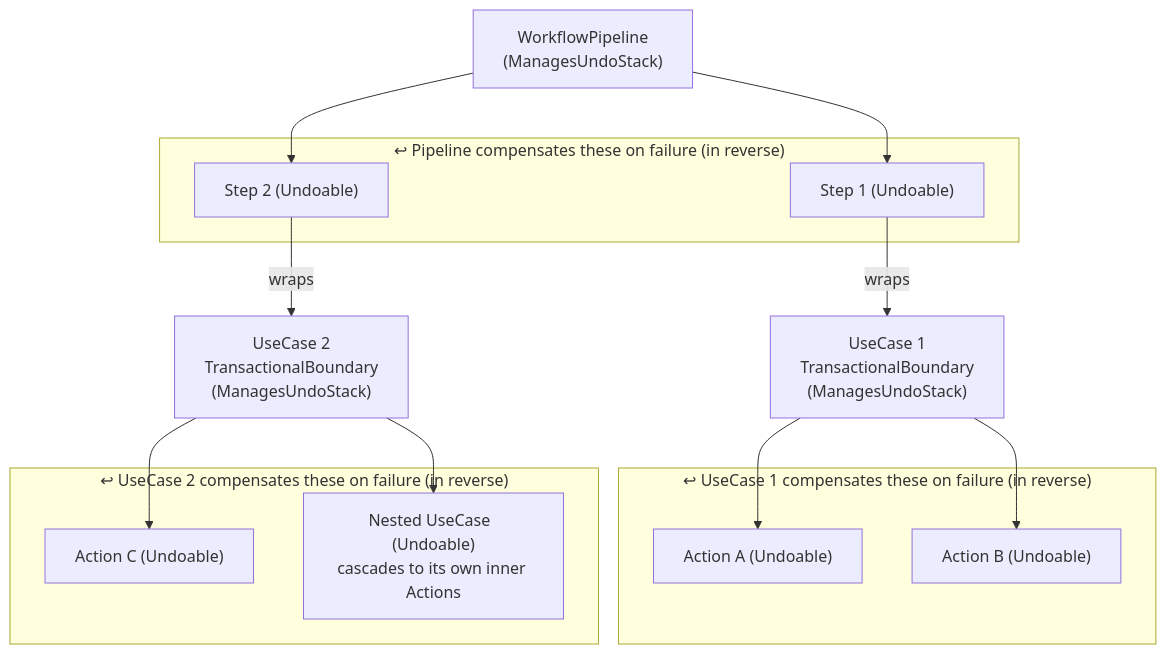
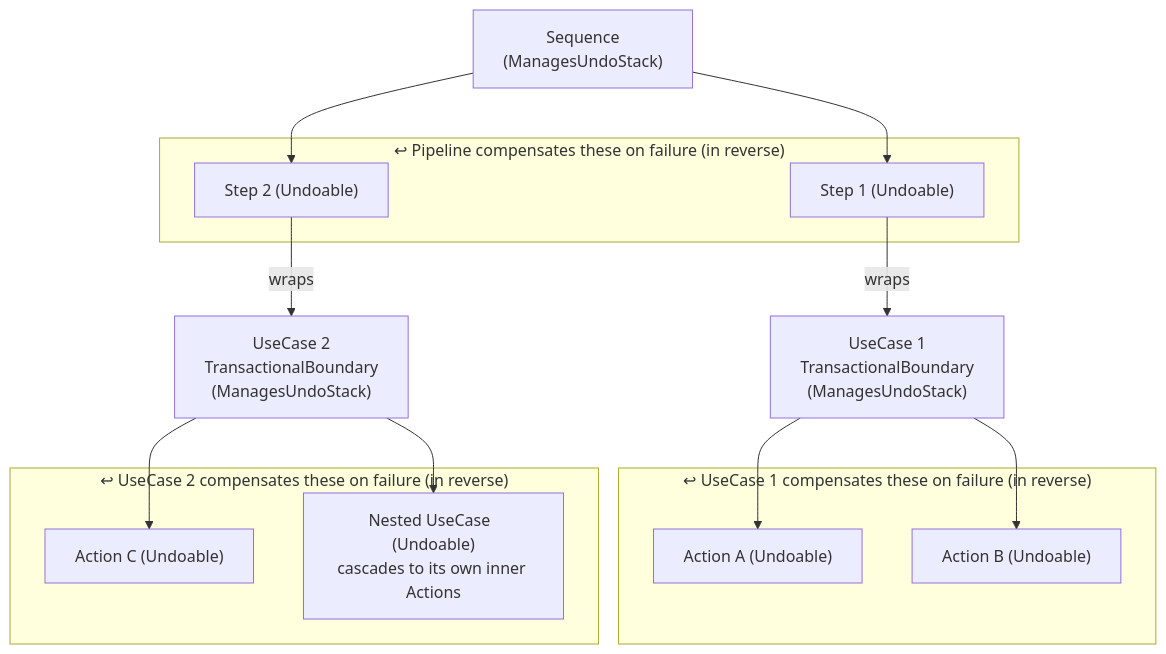
One commit to EmilienKopp/laravel-compensable changed the first of 2 diagrams in README.md. Above: the diagram before and after it, drawn with Mermaid. The commit also changed other lines of this file and 42 other files, not shown here.

First line of the commit message:
feat: Introduce Sequence and related components for improved workflow management

````diff
--- a/README.md
+++ b/README.md
@@ -329,31 +329,31 @@
 ```mermaid
 graph TD
-    WP["WorkflowPipeline\n(ManagesUndoStack)"]
+    WP["Sequence\n(ManagesUndoStack)"]
 
     subgraph PipelineScope ["↩ Pipeline compensates these on failure (in reverse)"]
         S1["Step 1  (Undoable)"]
         S2["Step 2  (Undoable)"]
     end
 
     UC1["UseCase 1\nTransactionalBoundary\n(ManagesUndoStack)"]
     UC2["UseCase 2\nTransactionalBoundary\n(ManagesUndoStack)"]
 
     subgraph UC1Scope ["↩ UseCase 1 compensates these on failure (in reverse)"]
         A1["Action A  (Undoable)"]
         A2["Action B  (Undoable)"]
     end
 
     subgraph UC2Scope ["↩ UseCase 2 compensates these on failure (in reverse)"]
         A3["Action C  (Undoable)"]
         A4["Nested UseCase  (Undoable)\ncascades to its own inner Actions"]
     end
 
     WP --> S1
     WP --> S2
     S1 -->|wraps| UC1
     S2 -->|wraps| UC2
     UC1 --> A1
     UC1 --> A2
     UC2 --> A3
     UC2 --> A4
 ```
````
